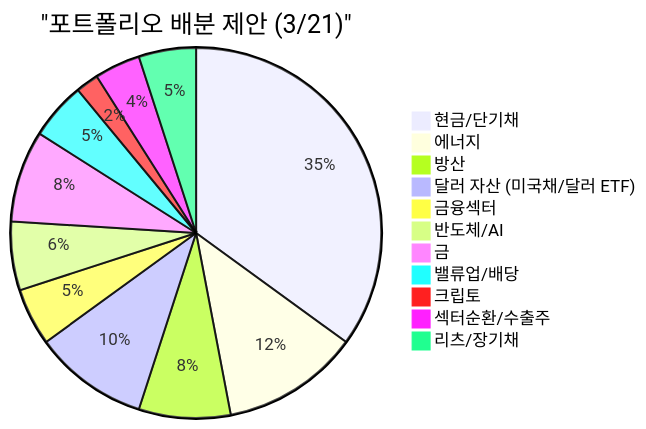
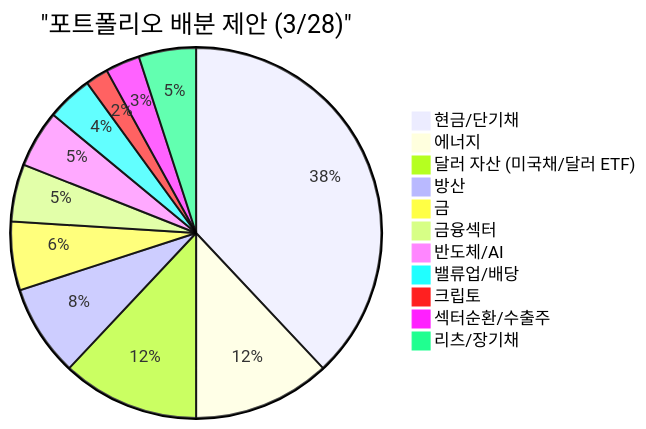
One commit to dss99911/dss99911.github.io changed diagram 11 of 11 in _posts/knowledge/invest/2026-01-12-macroeconomic-policy-sector-outlook-2026.md. Above: the diagram before and after it, drawn with Mermaid. The commit also changed other lines of this file and 3 other files, not shown here.

````diff
--- a/_posts/knowledge/invest/2026-01-12-macroeconomic-policy-sector-outlook-2026.md
+++ b/_posts/knowledge/invest/2026-01-12-macroeconomic-policy-sector-outlook-2026.md
@@ -613,14 +478,14 @@
 ```mermaid
-pie title "포트폴리오 배분 제안 #40;3/21#41;"
-    "현금/단기채" : 35
+pie title "포트폴리오 배분 제안 #40;3/28#41;"
+    "현금/단기채" : 38
     "에너지" : 12
+    "달러 자산 #40;미국채/달러 ETF#41;" : 12
     "방산" : 8
-    "달러 자산 #40;미국채/달러 ETF#41;" : 10
+    "금" : 6
     "금융섹터" : 5
-    "반도체/AI" : 6
-    "금" : 8
-    "밸류업/배당" : 5
+    "반도체/AI" : 5
+    "밸류업/배당" : 4
     "크립토" : 2
-    "섹터순환/수출주" : 4
+    "섹터순환/수출주" : 3
     "리츠/장기채" : 5
 ```
````
